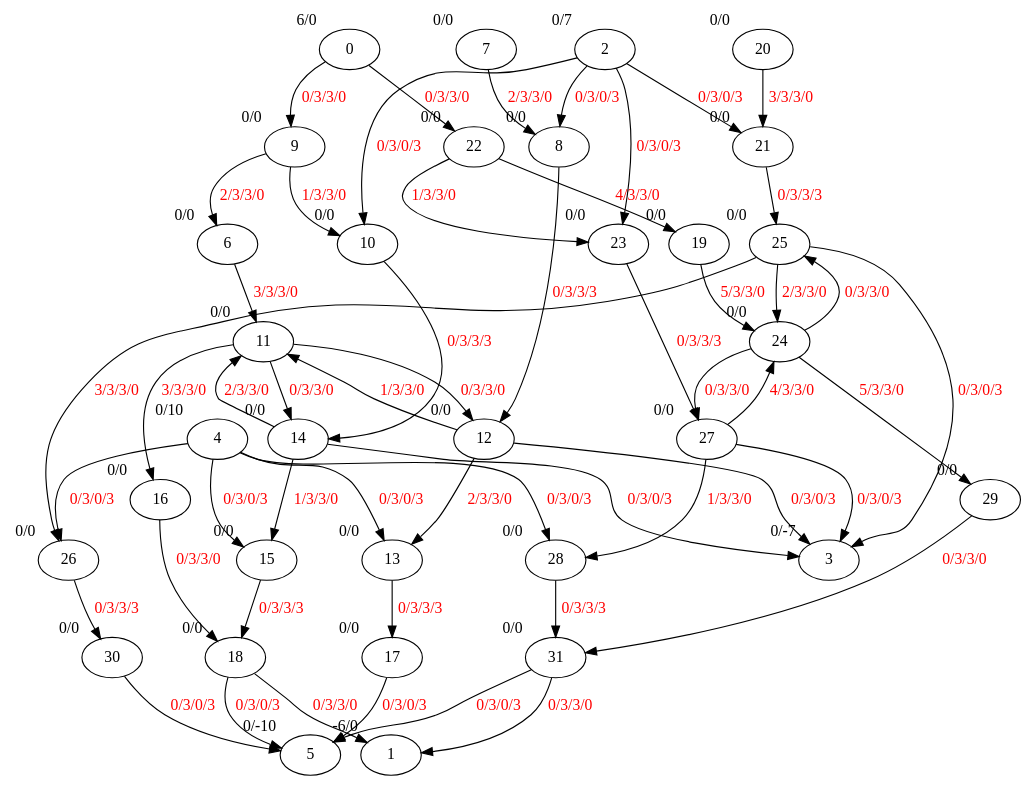
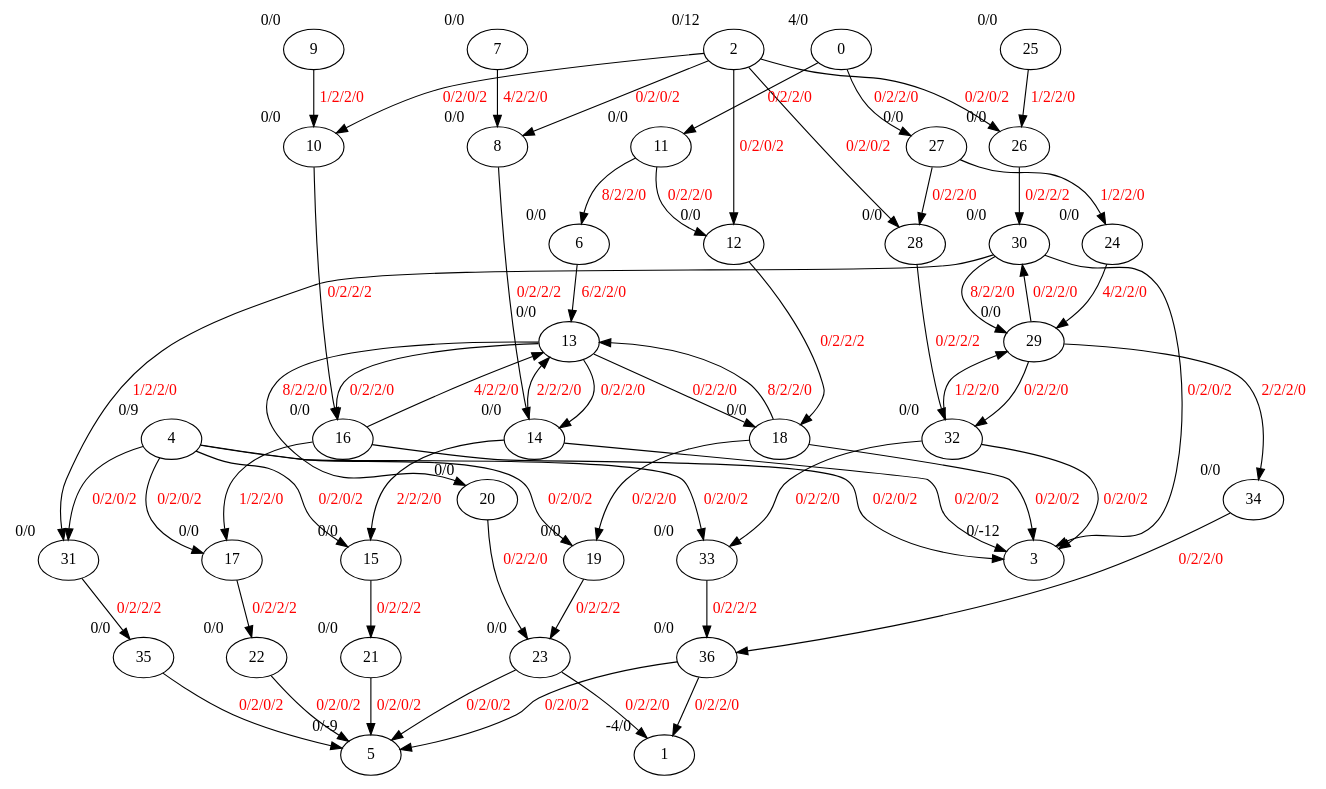
Before and after one commit to Stixxl/bachelor_multiple_states: the diagram in LEMON/dot.gv, drawn with Graphviz. The commit also changed 12 other files, not shown here.

```diff
--- a/LEMON/dot.gv
+++ b/LEMON/dot.gv
@@ -1,86 +1,101 @@
 digraph G {
+36 [ xlabel="0/0" ]
+35 [ xlabel="0/0" ]
+34 [ xlabel="0/0" ]
+33 [ xlabel="0/0" ]
+32 [ xlabel="0/0" ]
 31 [ xlabel="0/0" ]
 30 [ xlabel="0/0" ]
 29 [ xlabel="0/0" ]
 28 [ xlabel="0/0" ]
 27 [ xlabel="0/0" ]
 26 [ xlabel="0/0" ]
 25 [ xlabel="0/0" ]
 24 [ xlabel="0/0" ]
 23 [ xlabel="0/0" ]
 22 [ xlabel="0/0" ]
 21 [ xlabel="0/0" ]
 20 [ xlabel="0/0" ]
 19 [ xlabel="0/0" ]
 18 [ xlabel="0/0" ]
 17 [ xlabel="0/0" ]
 16 [ xlabel="0/0" ]
 15 [ xlabel="0/0" ]
 14 [ xlabel="0/0" ]
 13 [ xlabel="0/0" ]
 12 [ xlabel="0/0" ]
 11 [ xlabel="0/0" ]
 10 [ xlabel="0/0" ]
 9 [ xlabel="0/0" ]
 8 [ xlabel="0/0" ]
 7 [ xlabel="0/0" ]
 6 [ xlabel="0/0" ]
-5 [ xlabel="0/-10" ]
-4 [ xlabel="0/10" ]
-3 [ xlabel="0/-7" ]
-2 [ xlabel="0/7" ]
-1 [ xlabel="-6/0" ]
-0 [ xlabel="6/0" ]
-31 -> 5 [fontcolor=red, label="0/3/0/3" ]
-28 -> 31 [fontcolor=red, label="0/3/3/3" ]
-24 -> 29 [fontcolor=red, label="5/3/3/0" ]
-31 -> 1 [fontcolor=red, label="0/3/3/0" ]
-29 -> 31 [fontcolor=red, label="0/3/3/0" ]
-30 -> 5 [fontcolor=red, label="0/3/0/3" ]
-26 -> 30 [fontcolor=red, label="0/3/3/3" ]
-4 -> 28 [fontcolor=red, label="0/3/0/3" ]
-27 -> 28 [fontcolor=red, label="1/3/3/0" ]
-23 -> 27 [fontcolor=red, label="0/3/3/3" ]
-27 -> 3 [fontcolor=red, label="0/3/0/3" ]
-24 -> 27 [fontcolor=red, label="0/3/3/0" ]
-27 -> 24 [fontcolor=red, label="4/3/3/0" ]
-4 -> 26 [fontcolor=red, label="0/3/0/3" ]
-25 -> 26 [fontcolor=red, label="3/3/3/0" ]
-21 -> 25 [fontcolor=red, label="0/3/3/3" ]
-25 -> 3 [fontcolor=red, label="0/3/0/3" ]
-24 -> 25 [fontcolor=red, label="0/3/3/0" ]
-25 -> 24 [fontcolor=red, label="2/3/3/0" ]
-19 -> 24 [fontcolor=red, label="5/3/3/0" ]
-2 -> 23 [fontcolor=red, label="0/3/0/3" ]
-22 -> 23 [fontcolor=red, label="1/3/3/0" ]
-22 -> 19 [fontcolor=red, label="4/3/3/0" ]
-0 -> 22 [fontcolor=red, label="0/3/3/0" ]
-2 -> 21 [fontcolor=red, label="0/3/0/3" ]
-20 -> 21 [fontcolor=red, label="3/3/3/0" ]
-18 -> 5 [fontcolor=red, label="0/3/0/3" ]
-15 -> 18 [fontcolor=red, label="0/3/3/3" ]
-11 -> 16 [fontcolor=red, label="3/3/3/0" ]
-18 -> 1 [fontcolor=red, label="0/3/3/0" ]
-16 -> 18 [fontcolor=red, label="0/3/3/0" ]
-17 -> 5 [fontcolor=red, label="0/3/0/3" ]
-13 -> 17 [fontcolor=red, label="0/3/3/3" ]
-4 -> 15 [fontcolor=red, label="0/3/0/3" ]
-14 -> 15 [fontcolor=red, label="1/3/3/0" ]
-10 -> 14 [fontcolor=red, label="0/3/3/3" ]
-14 -> 3 [fontcolor=red, label="0/3/0/3" ]
-11 -> 14 [fontcolor=red, label="0/3/3/0" ]
-14 -> 11 [fontcolor=red, label="2/3/3/0" ]
-4 -> 13 [fontcolor=red, label="0/3/0/3" ]
-12 -> 13 [fontcolor=red, label="2/3/3/0" ]
-8 -> 12 [fontcolor=red, label="0/3/3/3" ]
-12 -> 3 [fontcolor=red, label="0/3/0/3" ]
-11 -> 12 [fontcolor=red, label="0/3/3/0" ]
-12 -> 11 [fontcolor=red, label="1/3/3/0" ]
-6 -> 11 [fontcolor=red, label="3/3/3/0" ]
-2 -> 10 [fontcolor=red, label="0/3/0/3" ]
-9 -> 10 [fontcolor=red, label="1/3/3/0" ]
-9 -> 6 [fontcolor=red, label="2/3/3/0" ]
-0 -> 9 [fontcolor=red, label="0/3/3/0" ]
-2 -> 8 [fontcolor=red, label="0/3/0/3" ]
-7 -> 8 [fontcolor=red, label="2/3/3/0" ]
+5 [ xlabel="0/-9" ]
+4 [ xlabel="0/9" ]
+3 [ xlabel="0/-12" ]
+2 [ xlabel="0/12" ]
+1 [ xlabel="-4/0" ]
+0 [ xlabel="4/0" ]
+36 -> 5 [fontcolor=red, label="0/2/0/2" ]
+33 -> 36 [fontcolor=red, label="0/2/2/2" ]
+29 -> 34 [fontcolor=red, label="2/2/2/0" ]
+36 -> 1 [fontcolor=red, label="0/2/2/0" ]
+34 -> 36 [fontcolor=red, label="0/2/2/0" ]
+35 -> 5 [fontcolor=red, label="0/2/0/2" ]
+31 -> 35 [fontcolor=red, label="0/2/2/2" ]
+4 -> 33 [fontcolor=red, label="0/2/0/2" ]
+32 -> 33 [fontcolor=red, label="0/2/2/0" ]
+28 -> 32 [fontcolor=red, label="0/2/2/2" ]
+32 -> 3 [fontcolor=red, label="0/2/0/2" ]
+29 -> 32 [fontcolor=red, label="0/2/2/0" ]
+32 -> 29 [fontcolor=red, label="1/2/2/0" ]
+4 -> 31 [fontcolor=red, label="0/2/0/2" ]
+30 -> 31 [fontcolor=red, label="1/2/2/0" ]
+26 -> 30 [fontcolor=red, label="0/2/2/2" ]
+30 -> 3 [fontcolor=red, label="0/2/0/2" ]
+29 -> 30 [fontcolor=red, label="0/2/2/0" ]
+30 -> 29 [fontcolor=red, label="8/2/2/0" ]
+24 -> 29 [fontcolor=red, label="4/2/2/0" ]
+2 -> 28 [fontcolor=red, label="0/2/0/2" ]
+27 -> 28 [fontcolor=red, label="0/2/2/0" ]
+27 -> 24 [fontcolor=red, label="1/2/2/0" ]
+0 -> 27 [fontcolor=red, label="0/2/2/0" ]
+2 -> 26 [fontcolor=red, label="0/2/0/2" ]
+25 -> 26 [fontcolor=red, label="1/2/2/0" ]
+23 -> 5 [fontcolor=red, label="0/2/0/2" ]
+19 -> 23 [fontcolor=red, label="0/2/2/2" ]
+13 -> 20 [fontcolor=red, label="8/2/2/0" ]
+23 -> 1 [fontcolor=red, label="0/2/2/0" ]
+20 -> 23 [fontcolor=red, label="0/2/2/0" ]
+22 -> 5 [fontcolor=red, label="0/2/0/2" ]
+17 -> 22 [fontcolor=red, label="0/2/2/2" ]
+21 -> 5 [fontcolor=red, label="0/2/0/2" ]
+15 -> 21 [fontcolor=red, label="0/2/2/2" ]
+4 -> 19 [fontcolor=red, label="0/2/0/2" ]
+18 -> 19 [fontcolor=red, label="0/2/2/0" ]
+12 -> 18 [fontcolor=red, label="0/2/2/2" ]
+18 -> 3 [fontcolor=red, label="0/2/0/2" ]
+13 -> 18 [fontcolor=red, label="0/2/2/0" ]
+18 -> 13 [fontcolor=red, label="8/2/2/0" ]
+4 -> 17 [fontcolor=red, label="0/2/0/2" ]
+16 -> 17 [fontcolor=red, label="1/2/2/0" ]
+10 -> 16 [fontcolor=red, label="0/2/2/2" ]
+16 -> 3 [fontcolor=red, label="0/2/0/2" ]
+13 -> 16 [fontcolor=red, label="0/2/2/0" ]
+16 -> 13 [fontcolor=red, label="4/2/2/0" ]
+4 -> 15 [fontcolor=red, label="0/2/0/2" ]
+14 -> 15 [fontcolor=red, label="2/2/2/0" ]
+8 -> 14 [fontcolor=red, label="0/2/2/2" ]
+14 -> 3 [fontcolor=red, label="0/2/0/2" ]
+13 -> 14 [fontcolor=red, label="0/2/2/0" ]
+14 -> 13 [fontcolor=red, label="2/2/2/0" ]
+6 -> 13 [fontcolor=red, label="6/2/2/0" ]
+2 -> 12 [fontcolor=red, label="0/2/0/2" ]
+11 -> 12 [fontcolor=red, label="0/2/2/0" ]
+11 -> 6 [fontcolor=red, label="8/2/2/0" ]
+0 -> 11 [fontcolor=red, label="0/2/2/0" ]
+2 -> 10 [fontcolor=red, label="0/2/0/2" ]
+9 -> 10 [fontcolor=red, label="1/2/2/0" ]
+2 -> 8 [fontcolor=red, label="0/2/0/2" ]
+7 -> 8 [fontcolor=red, label="4/2/2/0" ]
 }
```
